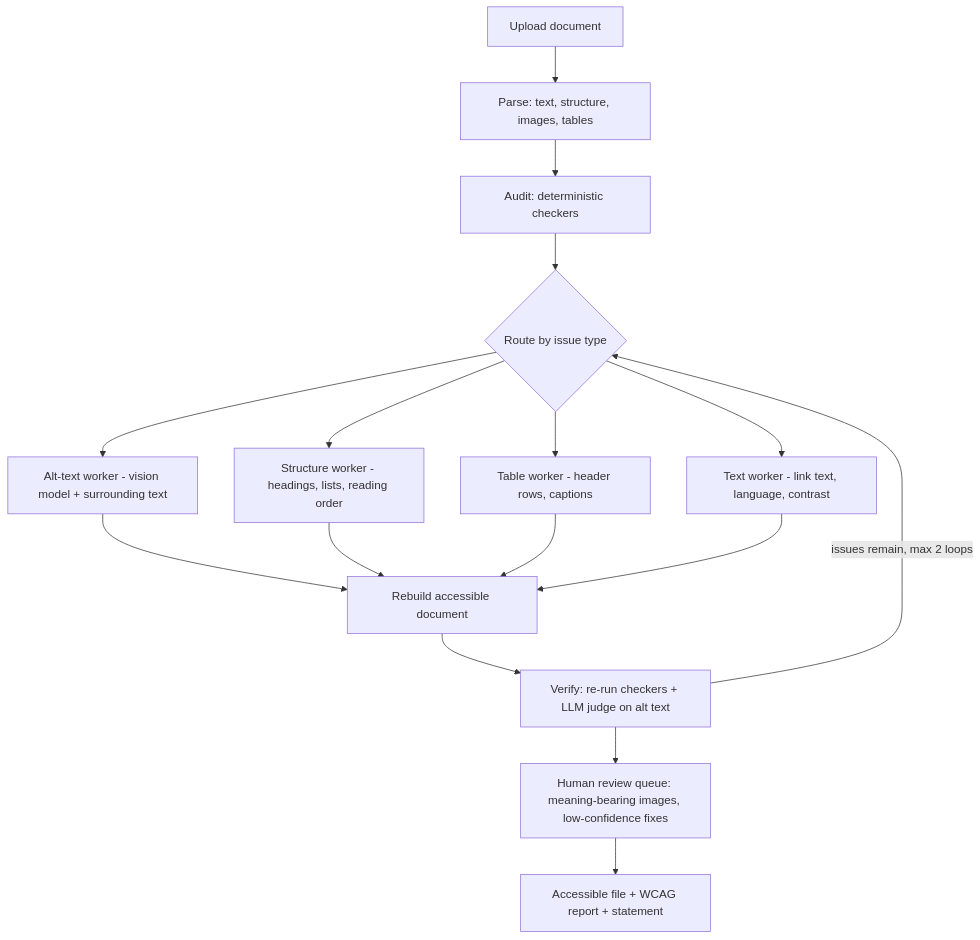
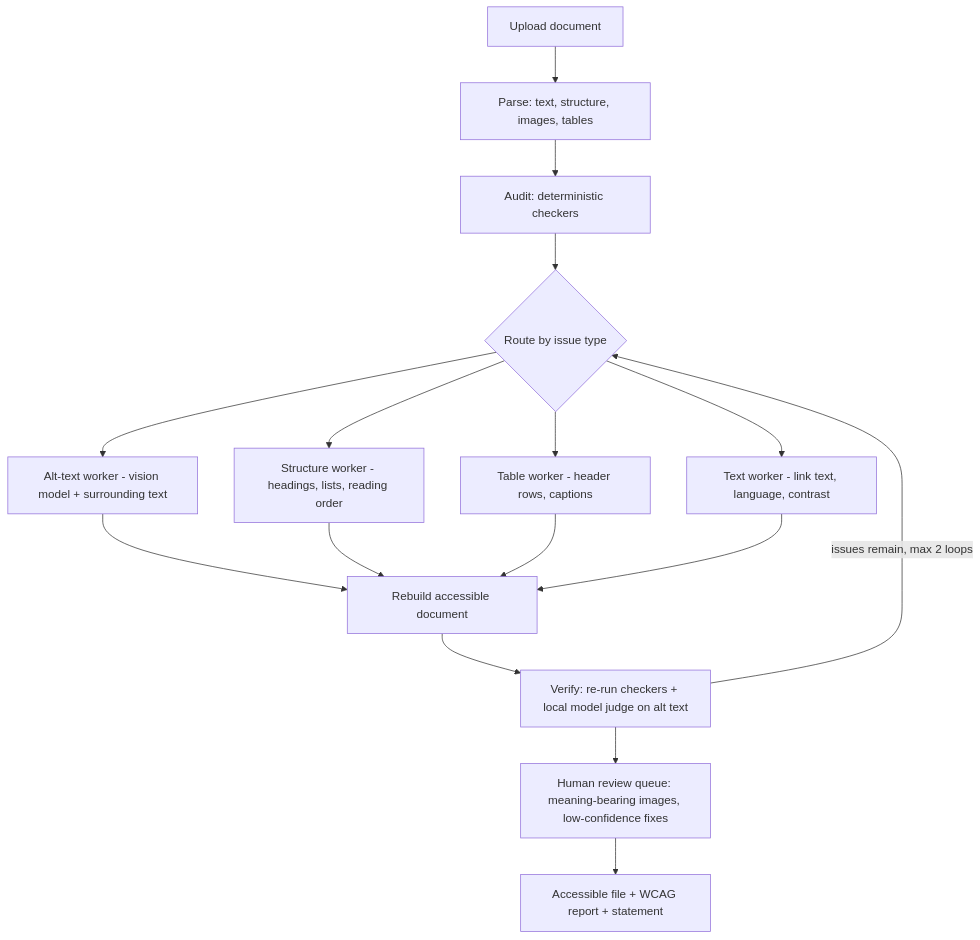
The first of 2 diagrams in docs/plans/master_plan.md (teamworxAI/campus-ai), drawn with Mermaid before and after one commit. The commit also changed other lines of this file and 10 other files, not shown here.

````diff
--- a/docs/plans/master_plan.md
+++ b/docs/plans/master_plan.md
@@ -93,15 +114,15 @@
 ```mermaid
 flowchart TD
     U[Upload document] --> P[Parse: text, structure, images, tables]
     P --> A[Audit: deterministic checkers]
     A --> R{Route by issue type}
     R --> W1[Alt-text worker - vision model + surrounding text]
     R --> W2[Structure worker - headings, lists, reading order]
     R --> W3[Table worker - header rows, captions]
     R --> W4[Text worker - link text, language, contrast]
     W1 & W2 & W3 & W4 --> B[Rebuild accessible document]
-    B --> V[Verify: re-run checkers + LLM judge on alt text]
+    B --> V[Verify: re-run checkers + local model judge on alt text]
     V -->|issues remain, max 2 loops| R
     V --> H[Human review queue: meaning-bearing images, low-confidence fixes]
     H --> O[Accessible file + WCAG report + statement]
 ```
````
